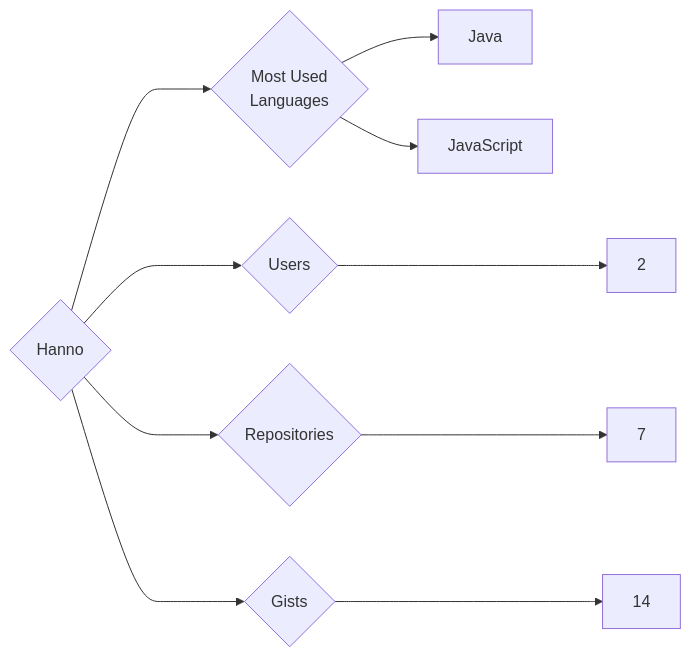
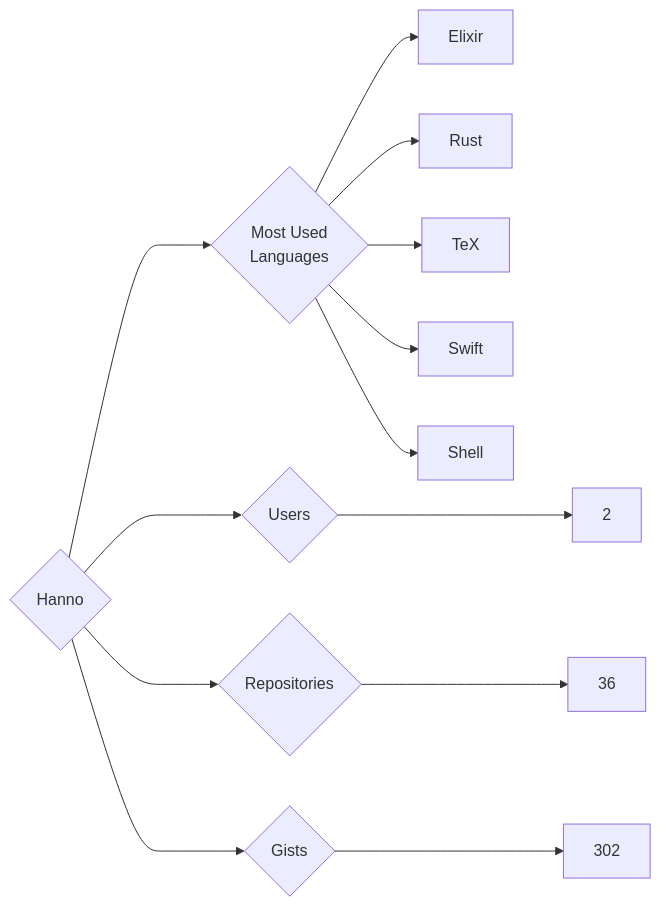
One commit to trickest/insiders changed the diagram in targets/Hanno/README.md. Above: the diagram before and after it, drawn with Mermaid. The commit also changed 840 other files, not shown here.

````diff
--- a/targets/Hanno/README.md
+++ b/targets/Hanno/README.md
@@ -3,10 +3,13 @@
 ```mermaid
 graph LR
 COMPANY_NAME{Hanno}
 COMPANY_NAME ---> U{Users} ---> UN[2]
-COMPANY_NAME ---> R{Repositories} ---> RN[7]
-COMPANY_NAME ---> G{Gists} ---> GN[14]
+COMPANY_NAME ---> R{Repositories} ---> RN[36]
+COMPANY_NAME ---> G{Gists} ---> GN[302]
 COMPANY_NAME ---> ML{Most Used<br>Languages}
-ML --> Java[Java]
-ML --> JavaScript[JavaScript]
+ML --> Elixir[Elixir]
+ML --> Rust[Rust]
+ML --> TeX[TeX]
+ML --> Swift[Swift]
+ML --> Shell[Shell]
 ```
````
